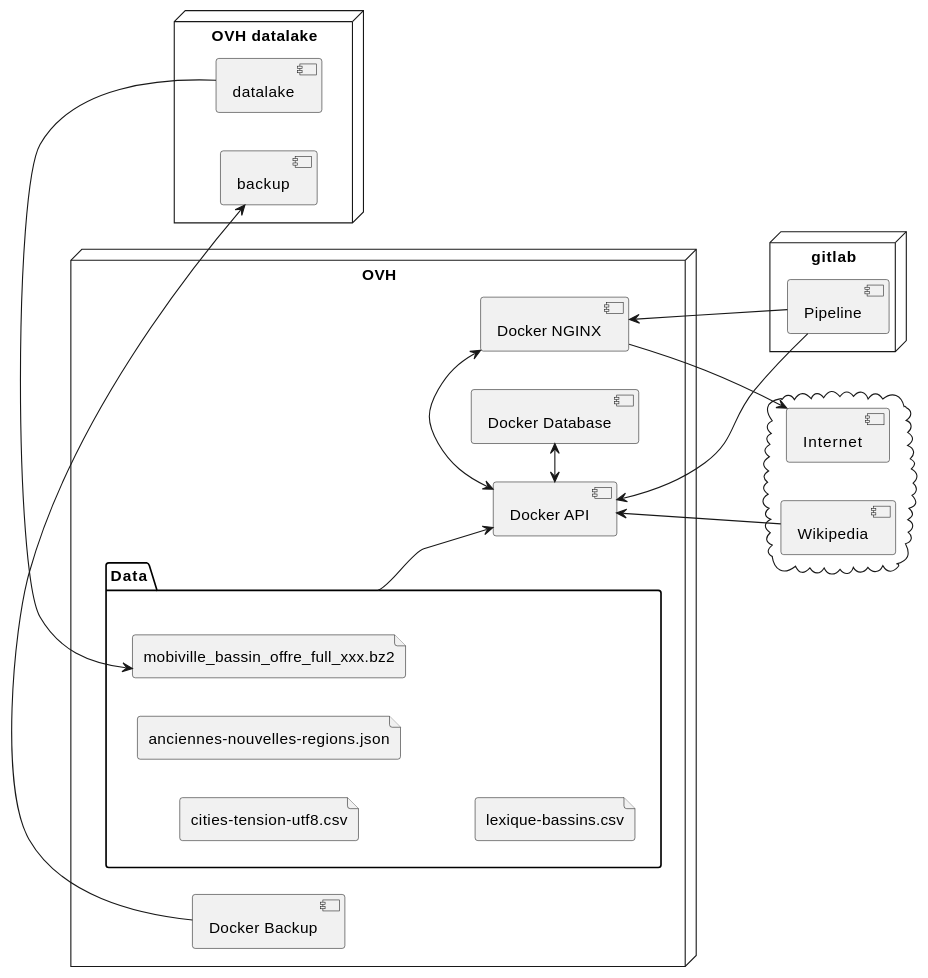
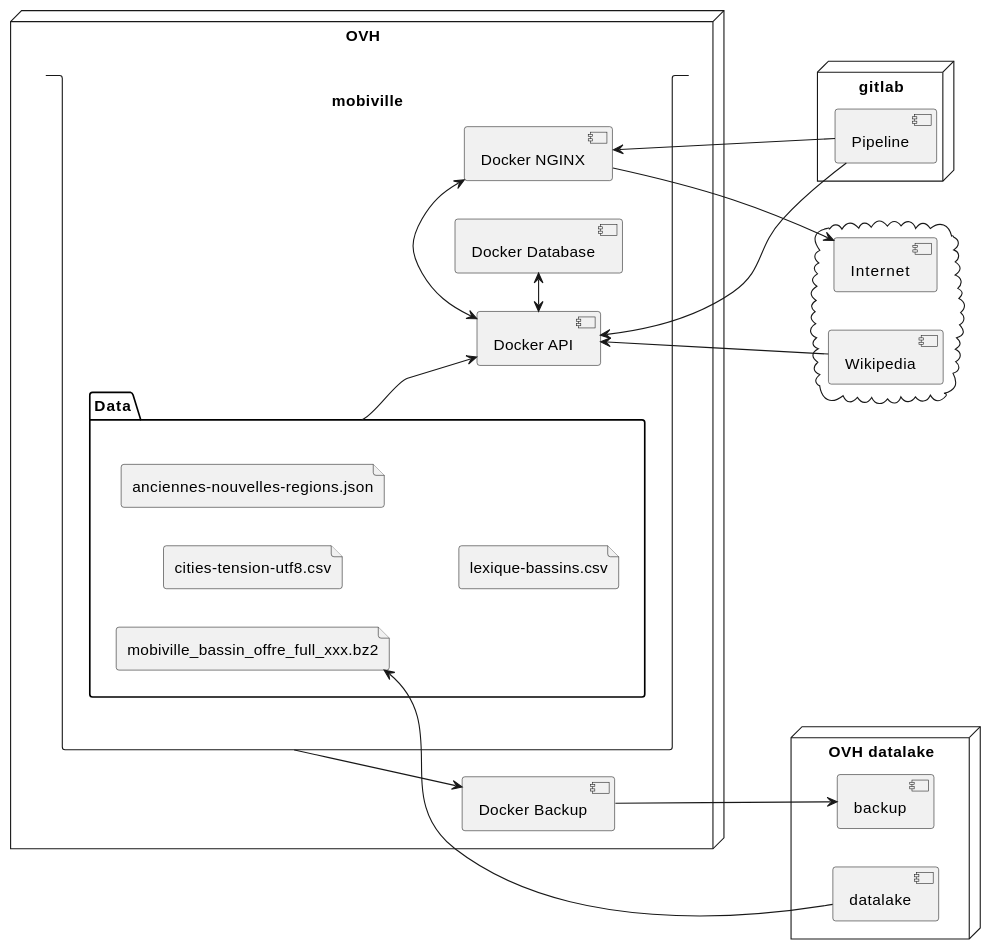
One commit to StartupsPoleEmploi/mobiville changed the diagram in README.md. Above: the diagram before and after it, drawn with PlantUML.

````diff
--- a/README.md
+++ b/README.md
@@ -157,42 +157,47 @@
 ```plantuml
 node "OVH" {
-package Data {
+
+stack "mobiville" {
+  [Docker NGINX]
+  [Docker API]
+  [Docker Database]
+
+  package Data {  
 left to right direction
 file "cities-tension-utf8.csv"
 file "anciennes-nouvelles-regions.json"
 file "lexique-bassins.csv"
 file "mobiville_bassin_offre_full_xxx.bz2" as datalakefile
 }
-  [Docker NGINX]
-  [Docker API]
-  [Docker Database]
+}
   [Docker Backup]
 
 
 }
 
 node "gitlab" {
    [Pipeline]
 }
 
 node "OVH datalake" {
    [backup]
    [datalake]
 }
 
 
 cloud {
   [Internet]
   [Wikipedia]
 }
 
 [Docker NGINX] -d--> [Internet]
 [Docker API] <-> [Docker Database]
 [Docker API] <-> [Docker NGINX]
 [Wikipedia] --> [Docker API]
 [Pipeline] -u--> [Docker API]
 [Pipeline] -u--> [Docker NGINX]
-[Docker Backup] -l--> [backup]
+[Docker Backup] -d--> [backup]
+mobiville --> [Docker Backup]
 Data --> [Docker API]
 [datalake] -l--> datalakefile
 ```
````
